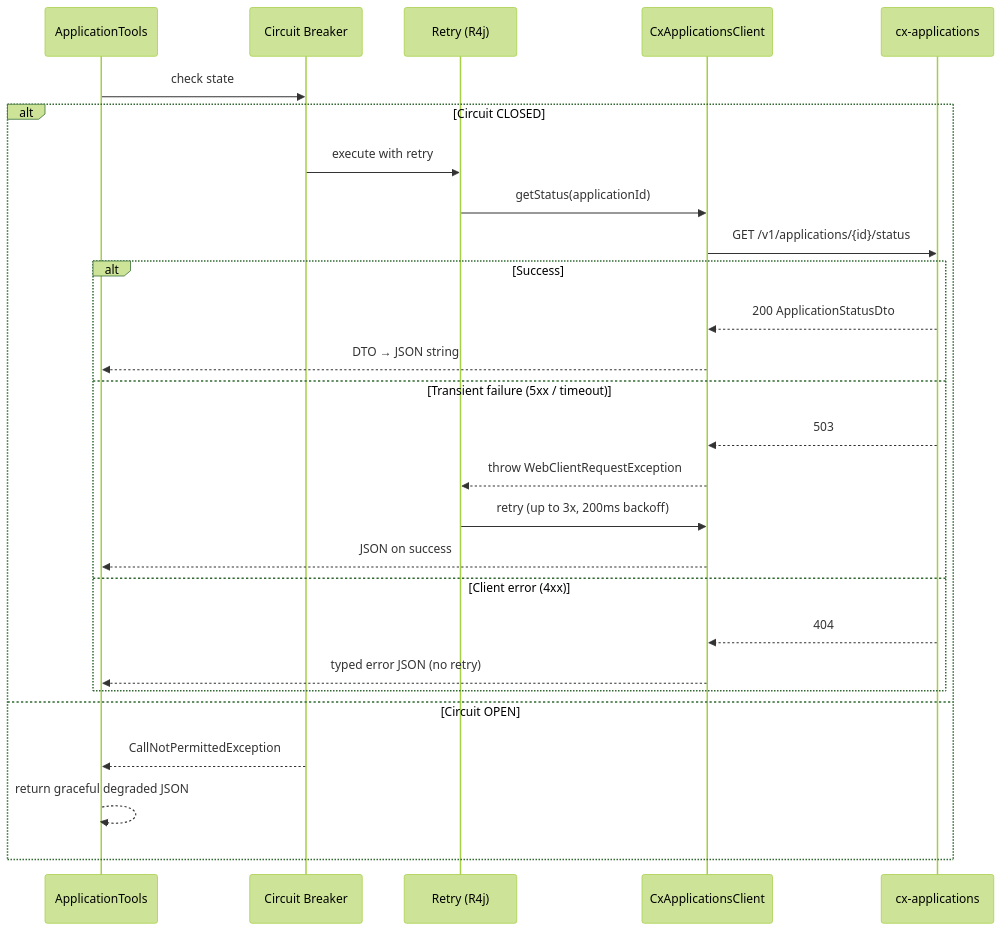
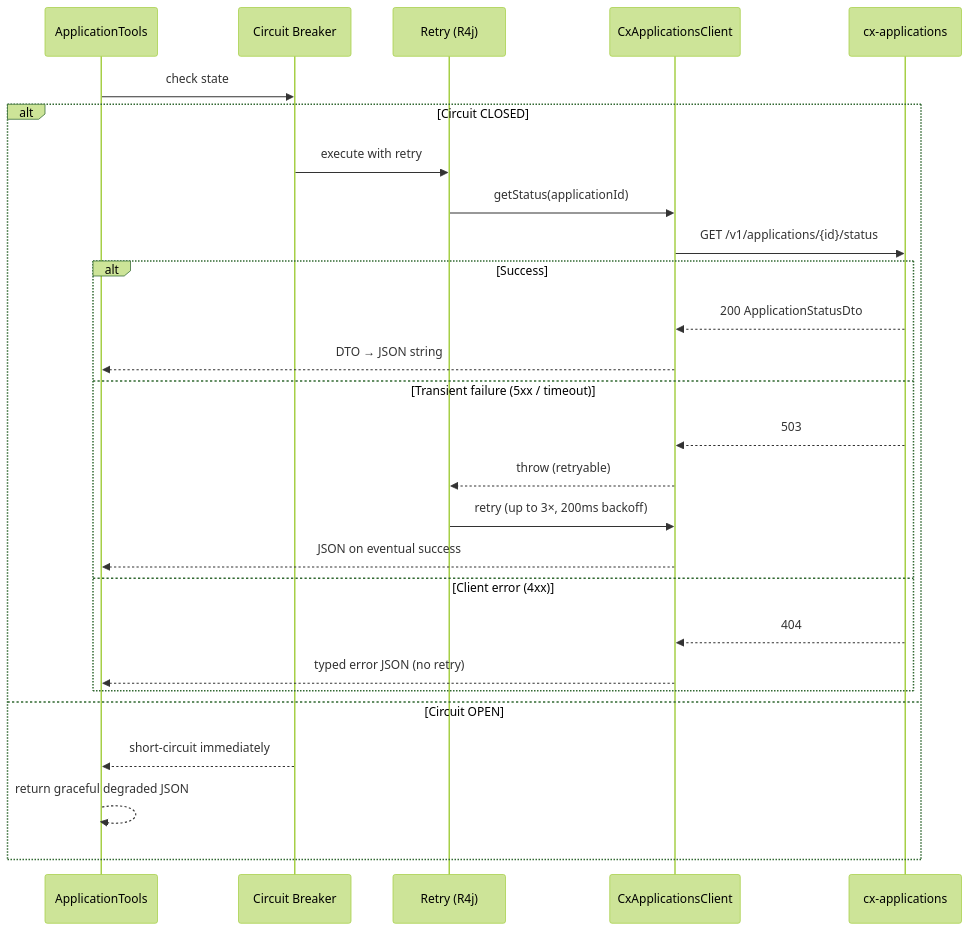
One commit to venkat-raman17/candidate-agent changed diagram 16 of 32 in docs/post-apply-assistant-lld.md. Above: the diagram before and after it, drawn with Mermaid (forest theme). The commit also changed other lines of this file, not shown here.

````diff
--- a/docs/post-apply-assistant-lld.md
+++ b/docs/post-apply-assistant-lld.md
@@ -472,30 +782,30 @@
 ```mermaid
 sequenceDiagram
     participant Tool as ApplicationTools
     participant CB as Circuit Breaker
     participant Retry as Retry (R4j)
     participant Client as CxApplicationsClient
     participant CXA as cx-applications
 
     Tool->>CB: check state
     alt Circuit CLOSED
         CB->>Retry: execute with retry
         Retry->>Client: getStatus(applicationId)
         Client->>CXA: GET /v1/applications/{id}/status
         alt Success
             CXA-->>Client: 200 ApplicationStatusDto
             Client-->>Tool: DTO → JSON string
         else Transient failure (5xx / timeout)
             CXA-->>Client: 503
-            Client-->>Retry: throw WebClientRequestException
-            Retry->>Client: retry (up to 3x, 200ms backoff)
-            Client-->>Tool: JSON on success
+            Client-->>Retry: throw (retryable)
+            Retry->>Client: retry (up to 3×, 200ms backoff)
+            Client-->>Tool: JSON on eventual success
         else Client error (4xx)
             CXA-->>Client: 404
             Client-->>Tool: typed error JSON (no retry)
         end
     else Circuit OPEN
-        CB-->>Tool: CallNotPermittedException
+        CB-->>Tool: short-circuit immediately
         Tool-->>Tool: return graceful degraded JSON
     end
 ```
````
